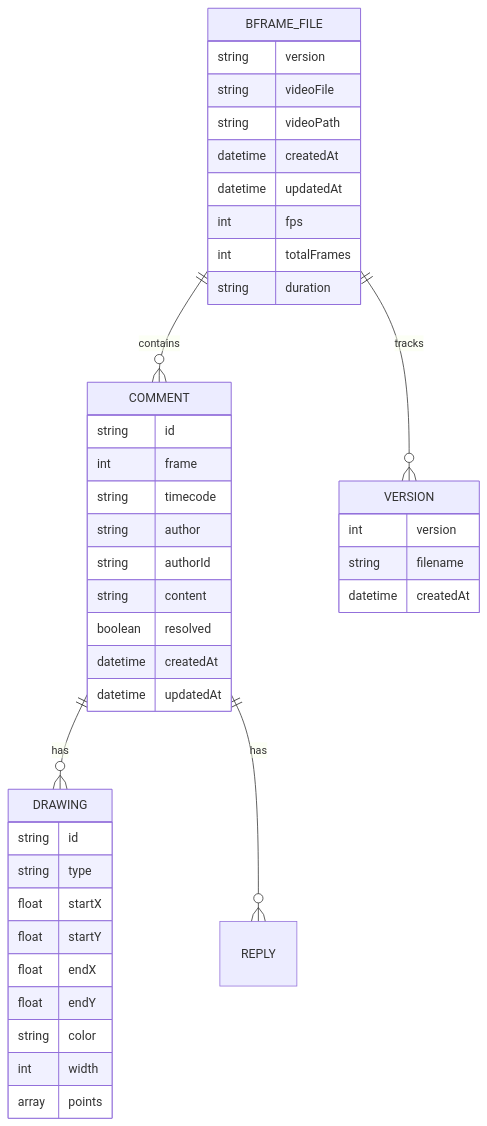
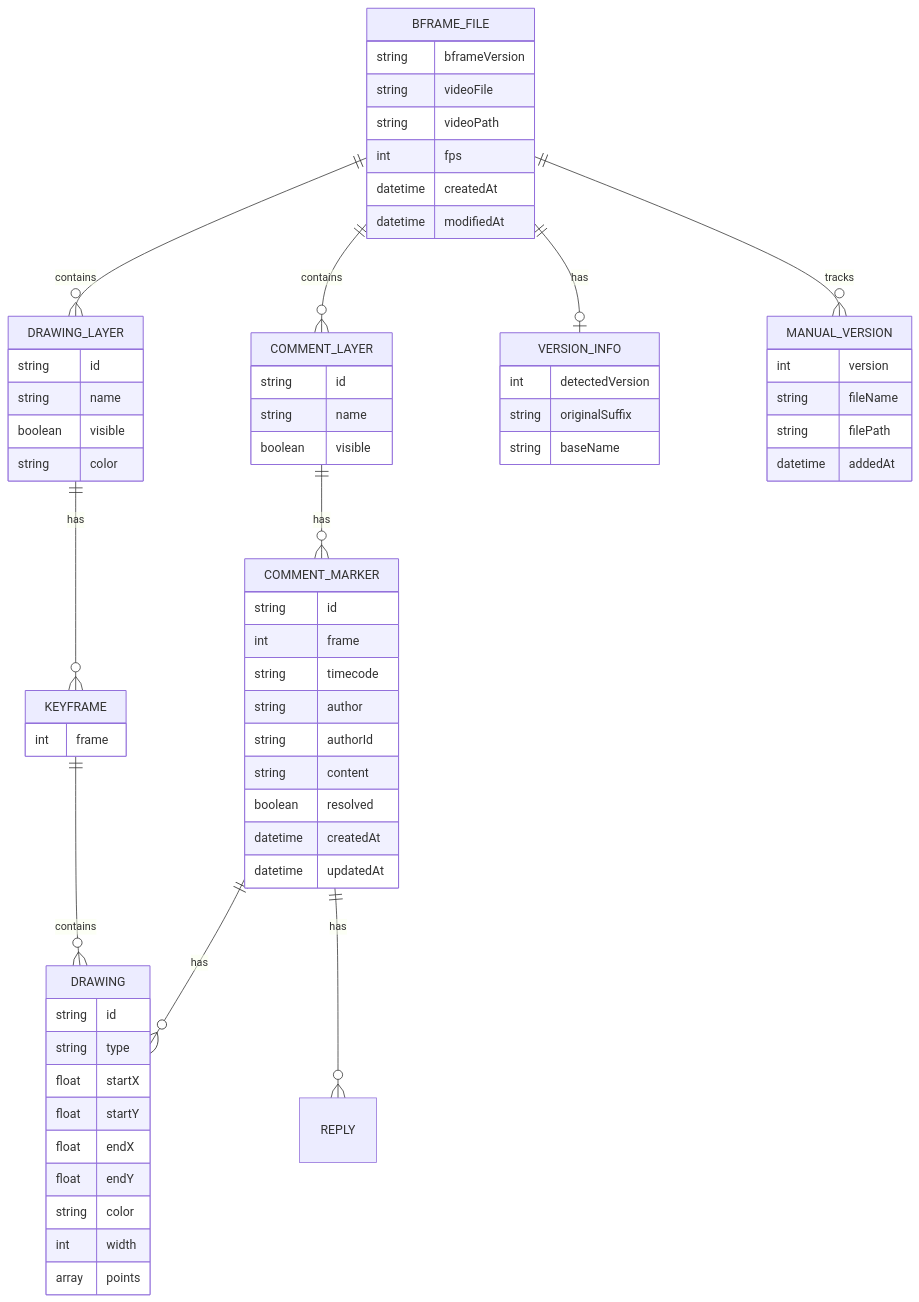
One commit to baehandoridori/BAEFRAME changed the ninth of 20 diagrams in baeframe-dev-docs.md. Above: the diagram before and after it, drawn with Mermaid. The commit also changed other lines of this file and 4 other files, not shown here.

````diff
--- a/baeframe-dev-docs.md
+++ b/baeframe-dev-docs.md
@@ -360,48 +363,75 @@
 ```mermaid
 erDiagram
-    BFRAME_FILE ||--o{ COMMENT : contains
-    BFRAME_FILE ||--o{ VERSION : tracks
-    COMMENT ||--o{ DRAWING : has
-    COMMENT ||--o{ REPLY : has
+    BFRAME_FILE ||--o{ COMMENT_LAYER : contains
+    BFRAME_FILE ||--o{ DRAWING_LAYER : contains
+    BFRAME_FILE ||--o| VERSION_INFO : has
+    BFRAME_FILE ||--o{ MANUAL_VERSION : tracks
+    COMMENT_LAYER ||--o{ COMMENT_MARKER : has
+    COMMENT_MARKER ||--o{ DRAWING : has
+    COMMENT_MARKER ||--o{ REPLY : has
+    DRAWING_LAYER ||--o{ KEYFRAME : has
+    KEYFRAME ||--o{ DRAWING : contains
 
     BFRAME_FILE {
-        string version
+        string bframeVersion
         string videoFile
         string videoPath
+        int fps
         datetime createdAt
-        datetime updatedAt
-        int fps
-        int totalFrames
-        string duration
+        datetime modifiedAt
     }
 
-    COMMENT {
+    VERSION_INFO {
+        int detectedVersion
+        string originalSuffix
+        string baseName
+    }
+
+    MANUAL_VERSION {
+        int version
+        string fileName
+        string filePath
+        datetime addedAt
+    }
+
+    COMMENT_LAYER {
+        string id
+        string name
+        boolean visible
+    }
+
+    COMMENT_MARKER {
         string id
         int frame
         string timecode
         string author
         string authorId
         string content
         boolean resolved
         datetime createdAt
         datetime updatedAt
+    }
+
+    DRAWING_LAYER {
+        string id
+        string name
+        boolean visible
+        string color
+    }
+
+    KEYFRAME {
+        int frame
     }
 
     DRAWING {
         string id
         string type
         float startX
         float startY
         float endX
         float endY
         string color
         int width
         array points
     }
-
-    VERSION {
-        int version
-        string filename
-        datetime createdAt
-    }
 ```
````
